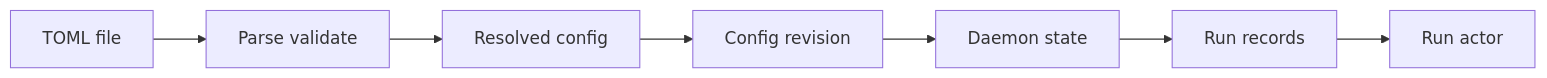
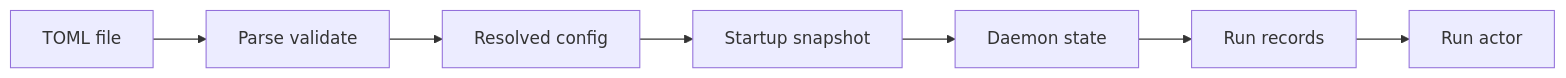
Before and after one commit to y0tsy/intention-relay: the diagram in docs/intention-relay/architecture/09-configuration-security-and-observability.md, drawn with Mermaid. The commit also changed other lines of this file and 27 other files, not shown here.

````diff
--- a/docs/intention-relay/architecture/09-configuration-security-and-observability.md
+++ b/docs/intention-relay/architecture/09-configuration-security-and-observability.md
@@ -22,9 +22,9 @@
 ```mermaid
 flowchart LR
   TF[TOML file] --> PA[Parse validate]
   PA --> RC[Resolved config]
-  RC --> RV[Config revision]
-  RV --> DS[Daemon state]
+  RC --> SS[Startup snapshot]
+  SS --> DS[Daemon state]
   DS --> RS[Run records]
   RS --> RT[Run actor]
 ```
````
